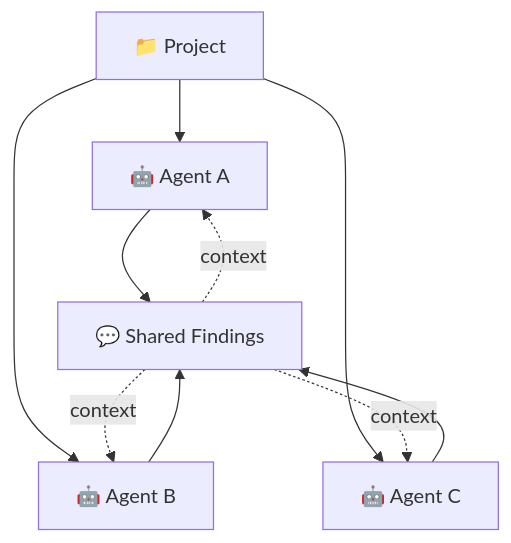
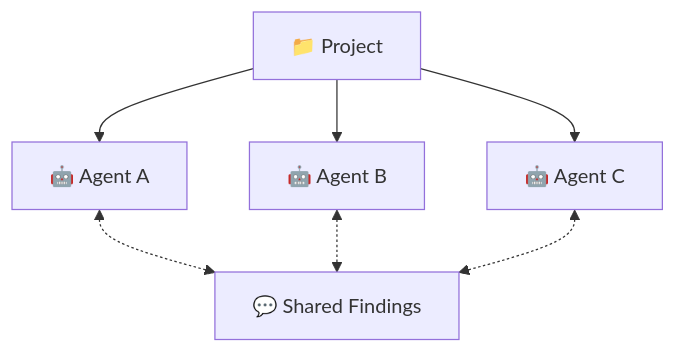
The third of 5 diagrams in README.md (nick-pape/grackle), drawn with Mermaid before and after one commit. The commit also changed other lines of this file, not shown here.

First line of the commit message:
Polish README: post-v1.0 legend and diagram cleanup (#36)

````diff
--- a/README.md
+++ b/README.md
@@ -45,7 +45,6 @@
 ```mermaid
 graph TD
     P["📁 Project"]
     P --> A1["🤖 Agent A"] & A2["🤖 Agent B"] & A3["🤖 Agent C"]
-    A1 & A2 & A3 --> F["💬 Shared Findings"]
-    F -. context .-> A1 & A2 & A3
+    A1 & A2 & A3 <-.-> F["💬 Shared Findings"]
 ```
````
